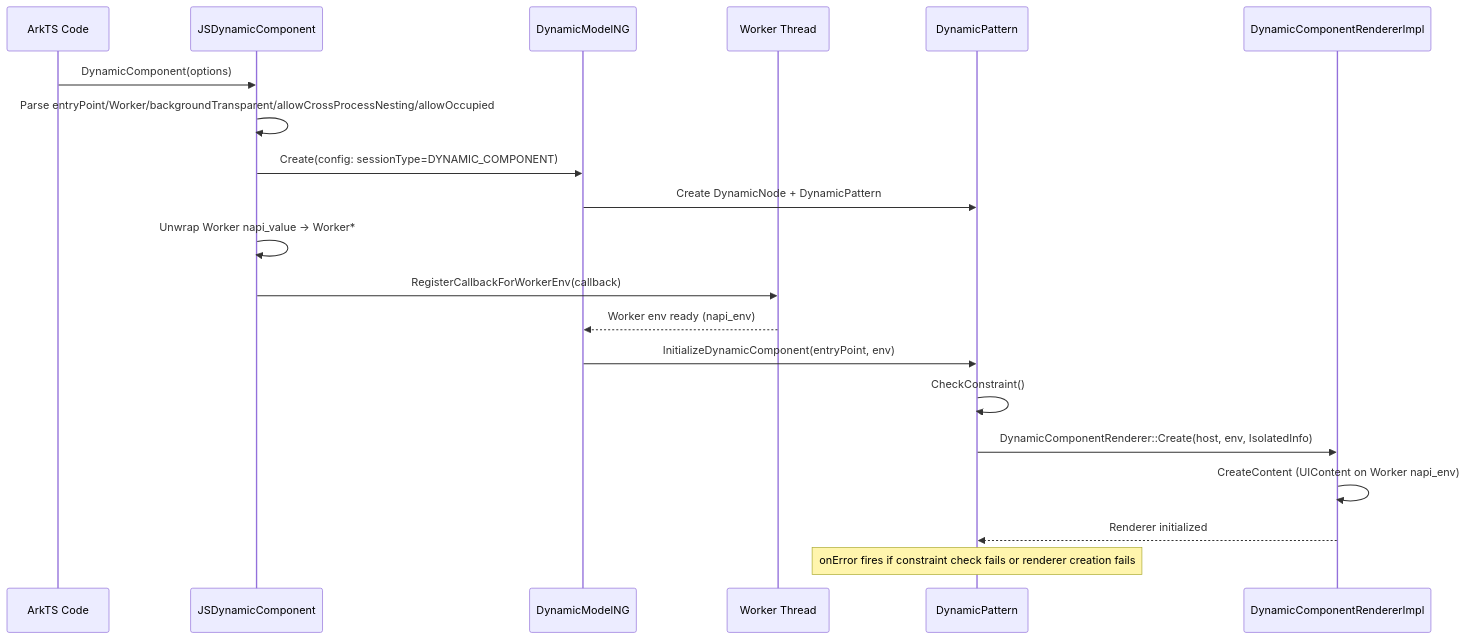
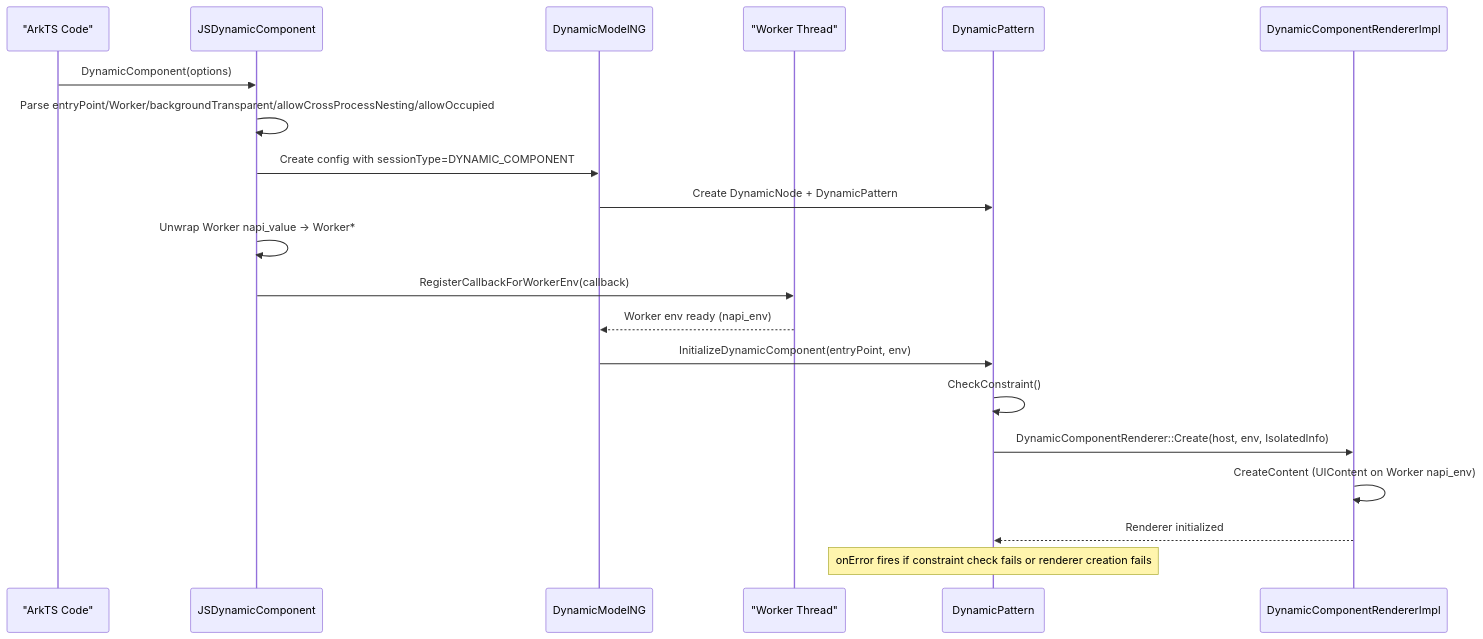
Before and after one commit to cleeshark/arkui_specs: the second of 2 diagrams in 05-ui-components/12-embedded-display-components/07-dynamic-component/design.md, drawn with Mermaid. The commit also changed 5 other files, not shown here.

Commit message:
fix: repair all mermaid sequenceDiagram rendering issues across embedded components design.md

````diff
--- a/05-ui-components/12-embedded-display-components/07-dynamic-component/design.md
+++ b/05-ui-components/12-embedded-display-components/07-dynamic-component/design.md
@@ -209,23 +209,23 @@
 ```mermaid
 sequenceDiagram
-    participant ArkTS as ArkTS Code
+    participant ArkTS as "ArkTS Code"
     participant JSDC as JSDynamicComponent
     participant DMNG as DynamicModelNG
-    participant Worker as Worker Thread
+    participant Worker as "Worker Thread"
     participant DP as DynamicPattern
     participant DCR as DynamicComponentRendererImpl
 
     ArkTS->>JSDC: DynamicComponent(options)
     JSDC->>JSDC: Parse entryPoint/Worker/backgroundTransparent/allowCrossProcessNesting/allowOccupied
-    JSDC->>DMNG: Create(config: sessionType=DYNAMIC_COMPONENT)
+    JSDC->>DMNG: Create config with sessionType=DYNAMIC_COMPONENT
     DMNG->>DP: Create DynamicNode + DynamicPattern
     JSDC->>JSDC: Unwrap Worker napi_value → Worker*
     JSDC->>Worker: RegisterCallbackForWorkerEnv(callback)
     Worker-->>DMNG: Worker env ready (napi_env)
     DMNG->>DP: InitializeDynamicComponent(entryPoint, env)
     DP->>DP: CheckConstraint()
     DP->>DCR: DynamicComponentRenderer::Create(host, env, IsolatedInfo)
     DCR->>DCR: CreateContent (UIContent on Worker napi_env)
     DCR-->>DP: Renderer initialized
     Note over DP: onError fires if constraint check fails or renderer creation fails
 ```
````
